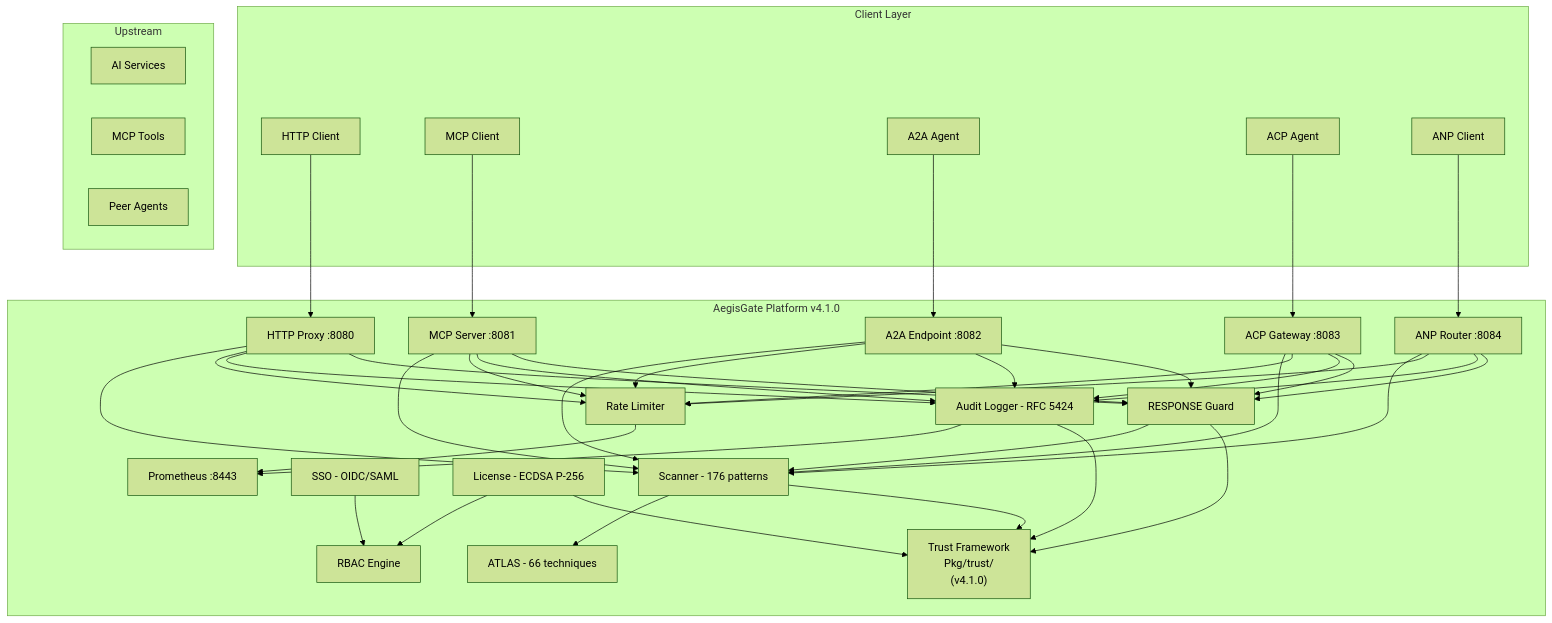
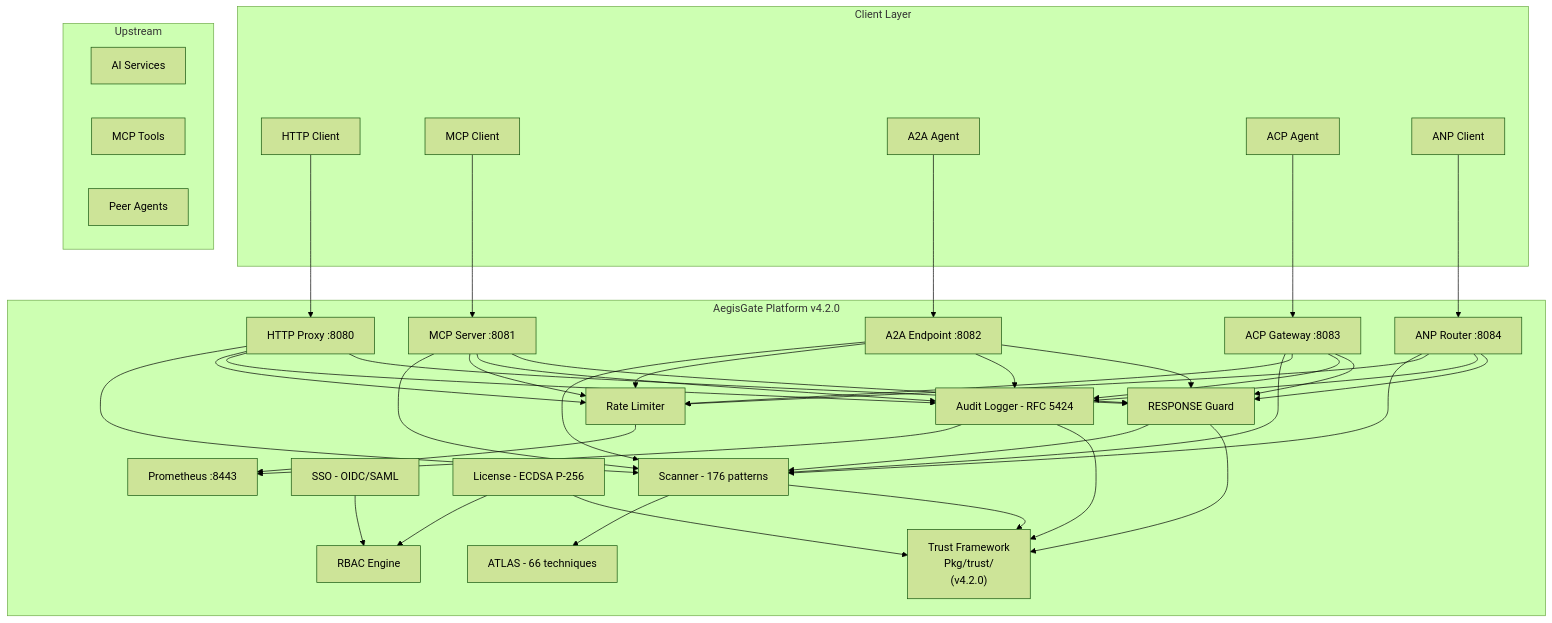
The diagram in content/tech.md (aegisgatesecurity/aegisgate-site), drawn with Mermaid (forest theme) before and after one commit. The commit also changed other lines of this file and 39 other files, not shown here.

```diff
--- a/content/tech.md
+++ b/content/tech.md
@@ -11,61 +11,61 @@
 {{< mermaid >}}
 flowchart TB
     subgraph Client["Client Layer"]
         A["HTTP Client"]
         B["MCP Client"]
         C["A2A Agent"]
         D["ACP Agent"]
         E["ANP Client"]
     end
 
-    subgraph AegisGate["AegisGate Platform v4.1.0"]
+    subgraph AegisGate["AegisGate Platform v4.2.0"]
         G["HTTP Proxy :8080"]
         H["MCP Server :8081"]
         I["A2A Endpoint :8082"]
         J["ACP Gateway :8083"]
         K["ANP Router :8084"]
         L["RESPONSE Guard"]
-        TR["Trust Framework\nPkg/trust/\n(v4.1.0)"]
+        TR["Trust Framework\nPkg/trust/\n(v4.2.0)"]
 
         M["Scanner - 176 patterns"]
         N["ATLAS - 66 techniques"]
         O["Rate Limiter"]
         P["Audit Logger - RFC 5424"]
 
         Q["SSO - OIDC/SAML"]
         R["RBAC Engine"]
         S["License - ECDSA P-256"]
 
         T["Prometheus :8443"]
     end
 
     subgraph Upstream["Upstream"]
         U["AI Services"]
         V["MCP Tools"]
         W["Peer Agents"]
     end
 
     A --> G
     B --> H
     C --> I
     D --> J
     E --> K
 
     G --> M & O & P & L
     H --> M & O & P & L
     I --> M & O & P & L
     J --> M & O & P & L
     K --> M & O & P & L
 
     M --> N
     L --> M
     O --> T
     P --> T
     Q --> R
     S --> R
 
     M --> TR
     L --> TR
     P --> TR
     S --> TR
 {{< /mermaid >}}
```
